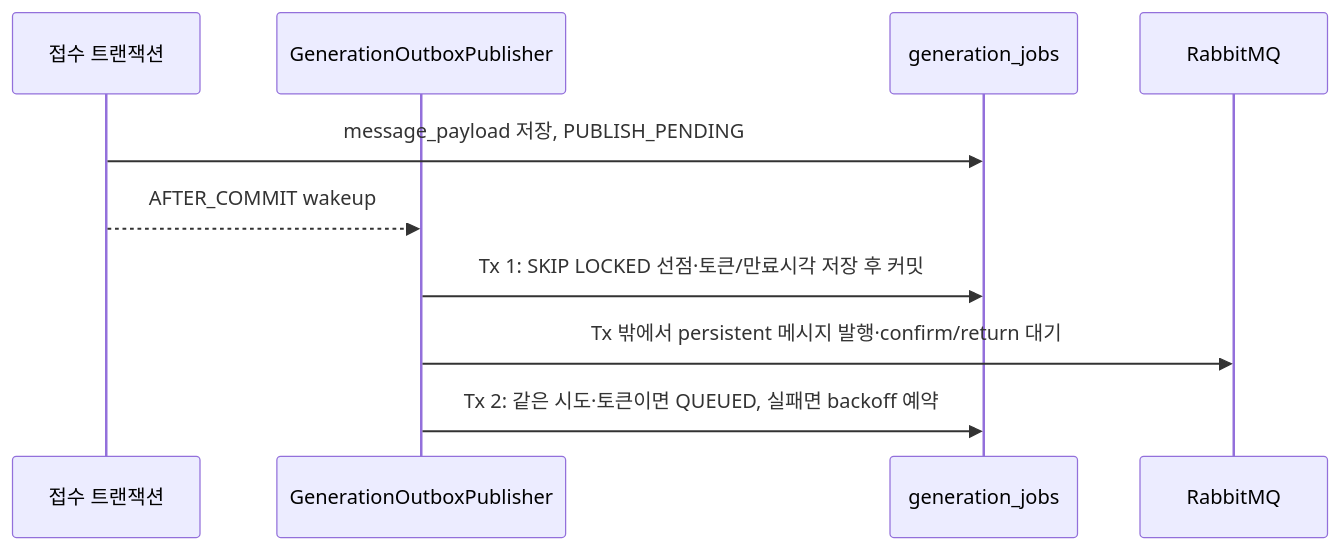
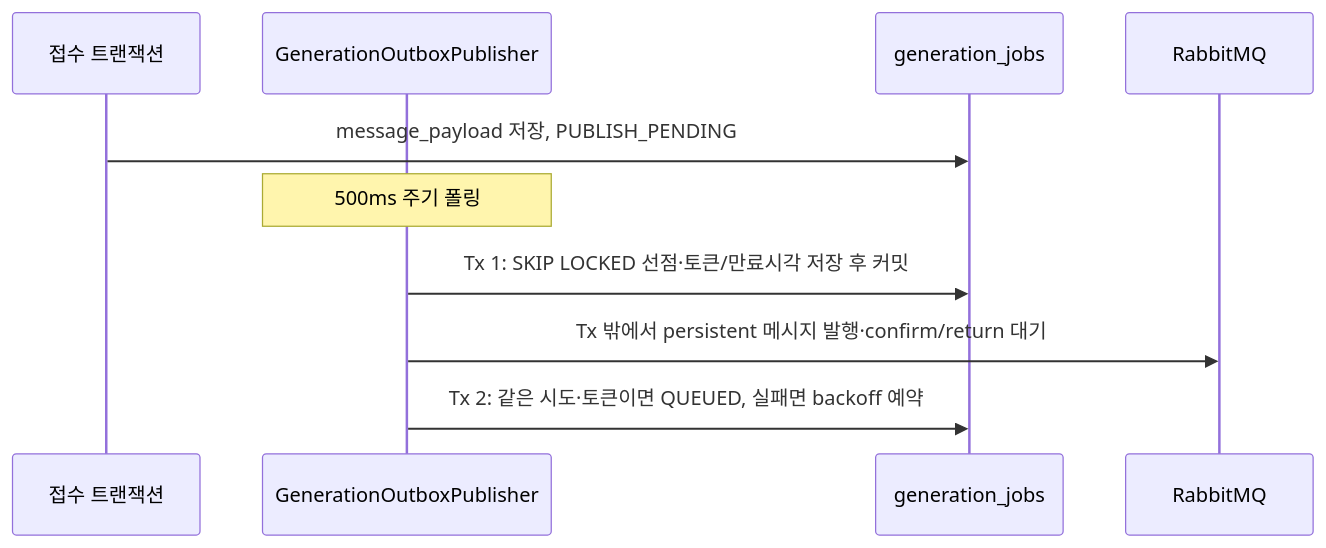
Before and after one commit to 100-hours-a-week/KTB4-10th-BE: the second of 3 diagrams in docs/AI-MQ-재생성-입력.md, drawn with Mermaid. The commit also changed other lines of this file and 7 other files, not shown here.

````diff
--- a/docs/AI-MQ-재생성-입력.md
+++ b/docs/AI-MQ-재생성-입력.md
@@ -82,13 +81,13 @@
 ```mermaid
 sequenceDiagram
     participant R as 접수 트랜잭션
     participant P as GenerationOutboxPublisher
     participant DB as generation_jobs
     participant MQ as RabbitMQ
 
     R->>DB: message_payload 저장, PUBLISH_PENDING
-    R-->>P: AFTER_COMMIT wakeup
+    Note over P: 500ms 주기 폴링
     P->>DB: Tx 1: SKIP LOCKED 선점·토큰/만료시각 저장 후 커밋
     P->>MQ: Tx 밖에서 persistent 메시지 발행·confirm/return 대기
     P->>DB: Tx 2: 같은 시도·토큰이면 QUEUED, 실패면 backoff 예약
 ```
````
